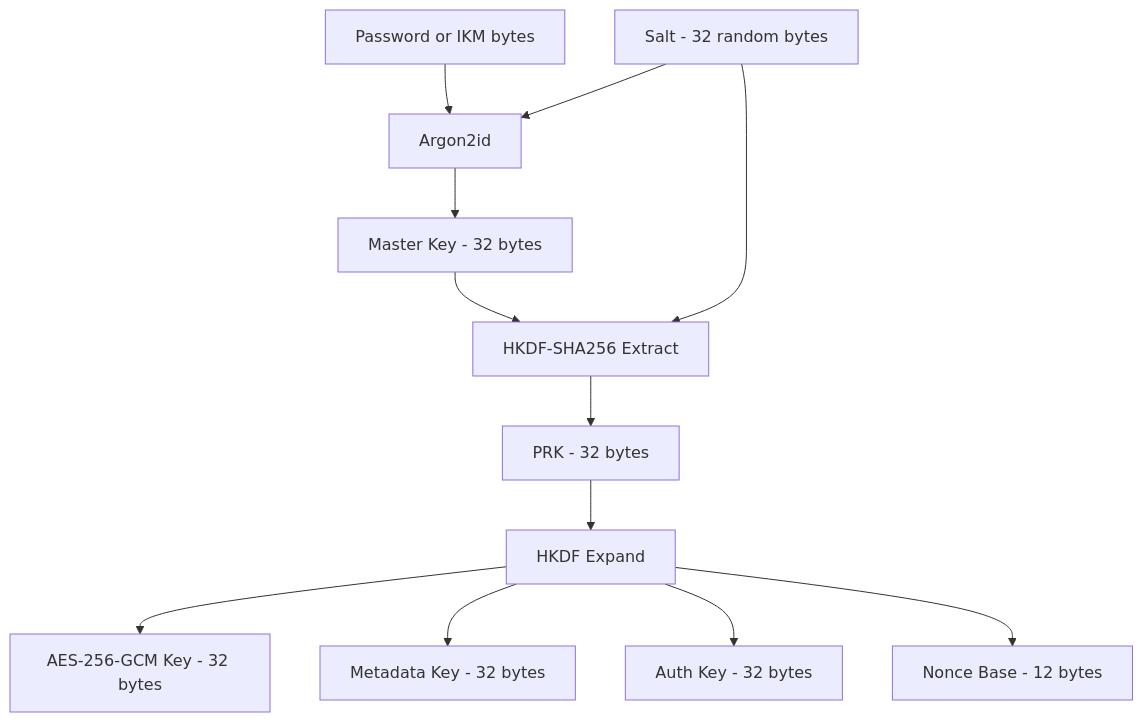
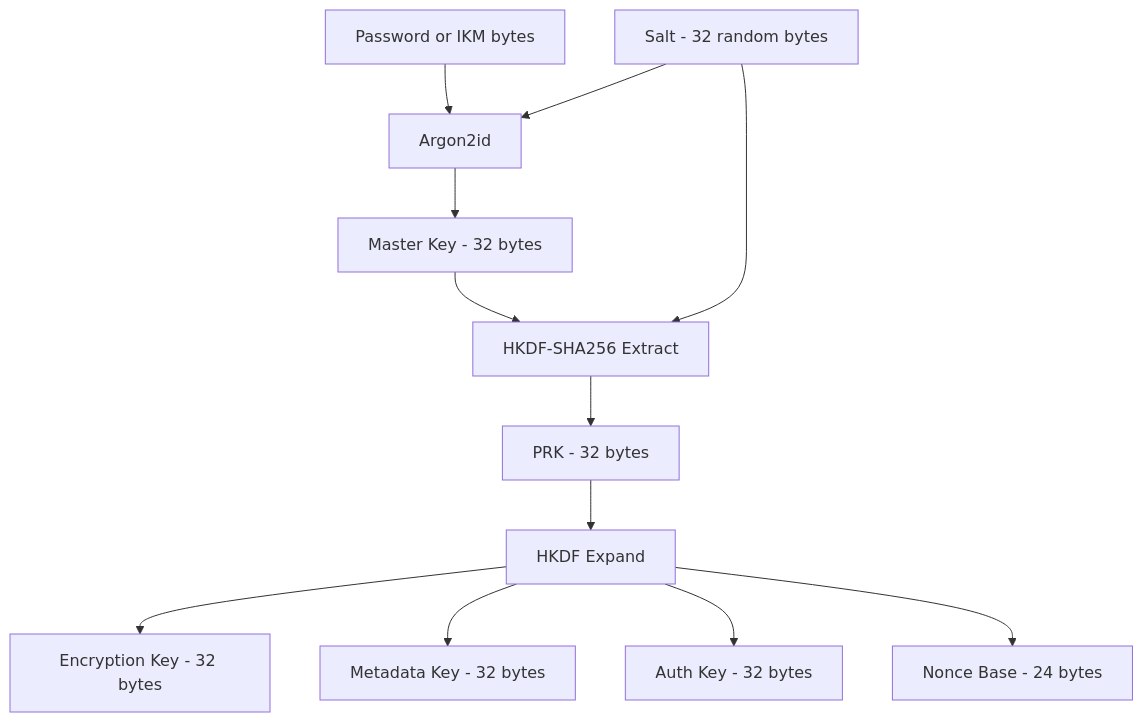
The second of 33 diagrams in apps/docs/crypto-architecture.md (chithi-dev/chithi), drawn with Mermaid before and after one commit. The commit also changed other lines of this file, not shown here.

First line of the commit message:
docs: update crypto-architecture.md for XChaCha20-Poly1305 migration

````diff
--- a/apps/docs/crypto-architecture.md
+++ b/apps/docs/crypto-architecture.md
@@ -50,14 +50,14 @@
 ```mermaid
 flowchart TD
     P[Password or IKM bytes] --> A[Argon2id]
     S[Salt - 32 random bytes] --> A
     A --> M[Master Key - 32 bytes]
     M --> H[HKDF-SHA256 Extract]
     S --> H
     H --> PRK[PRK - 32 bytes]
     PRK --> E[HKDF Expand]
-    E --> EK[AES-256-GCM Key - 32 bytes]
+    E --> EK[Encryption Key - 32 bytes]
     E --> MK[Metadata Key - 32 bytes]
     E --> AK[Auth Key - 32 bytes]
-    E --> NK[Nonce Base - 12 bytes]
+    E --> NK[Nonce Base - 24 bytes]
 ```
````
